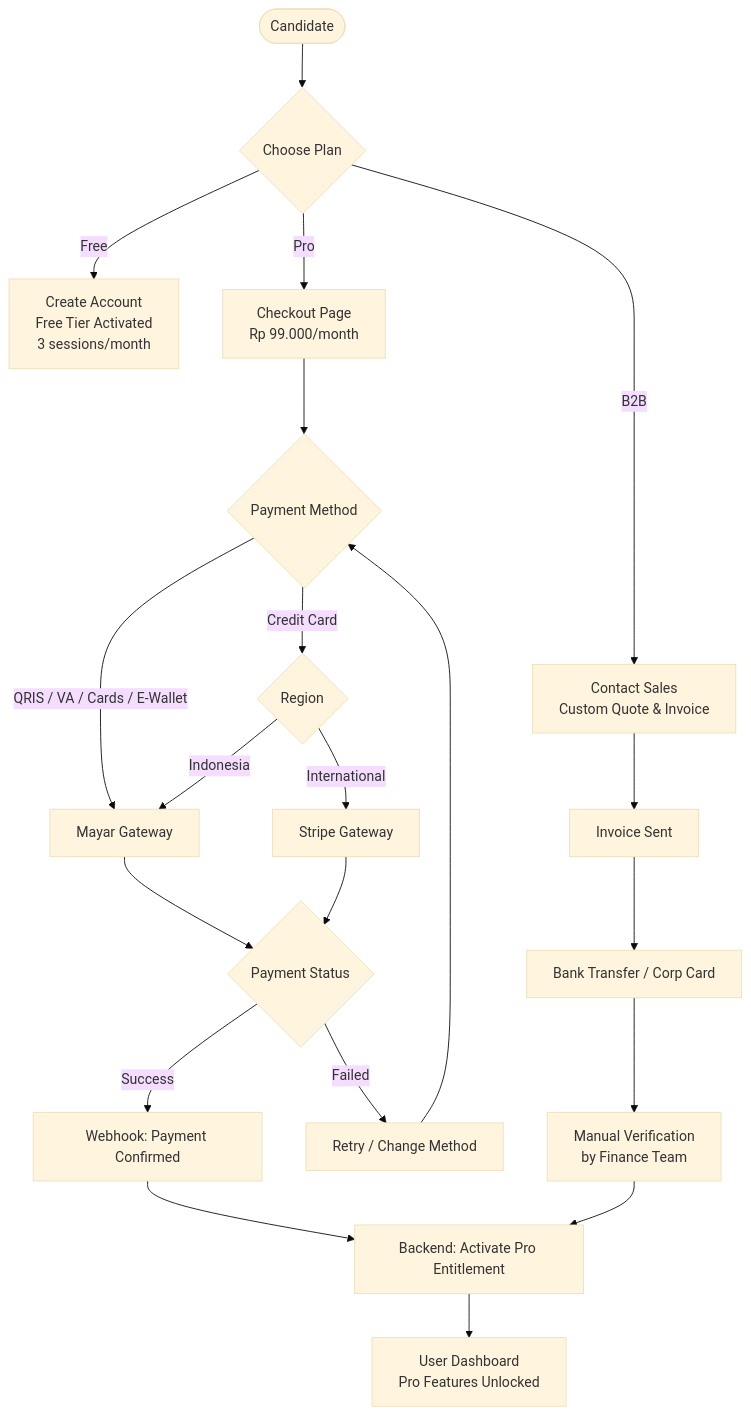
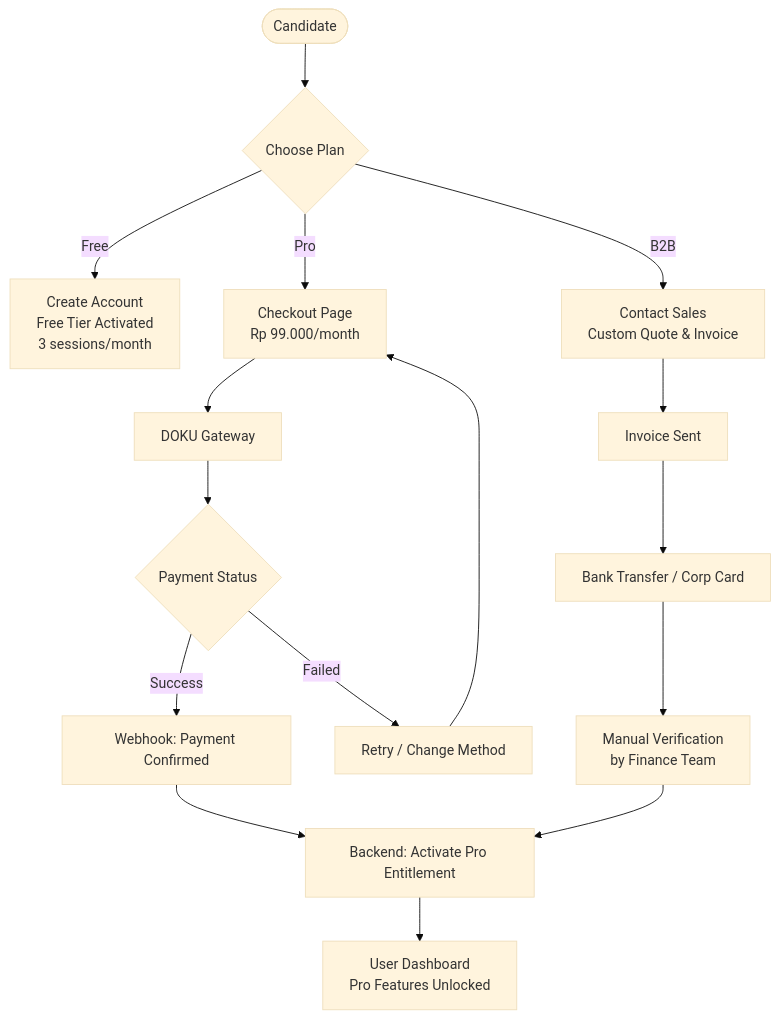
Before and after one commit to vickyvaf/interview-masters: the sixth of 7 diagrams in README.md, drawn with Mermaid (base theme). The commit also changed other lines of this file and 7 other files, not shown here.

Commit message:
feat: replace Mayar payment gateway with DOKU and remove Stripe

````diff
--- a/README.md
+++ b/README.md
@@ -337,27 +337,22 @@
 ```mermaid
 flowchart TD
     P1([Candidate]) --> P2{Choose Plan}
     P2 -- Free --> P3[Create Account\nFree Tier Activated\n3 sessions/month]
     P2 -- Pro --> P4[Checkout Page\nRp 99.000/month]
     P2 -- B2B --> P5[Contact Sales\nCustom Quote & Invoice]
 
-    P4 --> P6{Payment Method}
-    P6 -- QRIS / VA / Cards / E-Wallet --> P7[Mayar Gateway]
-    P6 -- Credit Card --> P8{Region}
-    P8 -- Indonesia --> P7
-    P8 -- International --> P9[Stripe Gateway]
+    P4 --> P7[DOKU Gateway]
 
     P7 --> P10{Payment Status}
-    P9 --> P10
     P10 -- Success --> P11[Webhook: Payment Confirmed]
     P10 -- Failed --> P12[Retry / Change Method]
-    P12 --> P6
+    P12 --> P4
 
     P11 --> P13[Backend: Activate Pro Entitlement]
     P13 --> P14[User Dashboard\nPro Features Unlocked]
 
     P5 --> P15[Invoice Sent]
     P15 --> P16[Bank Transfer / Corp Card]
     P16 --> P17[Manual Verification\nby Finance Team]
     P17 --> P13
 ```
````
